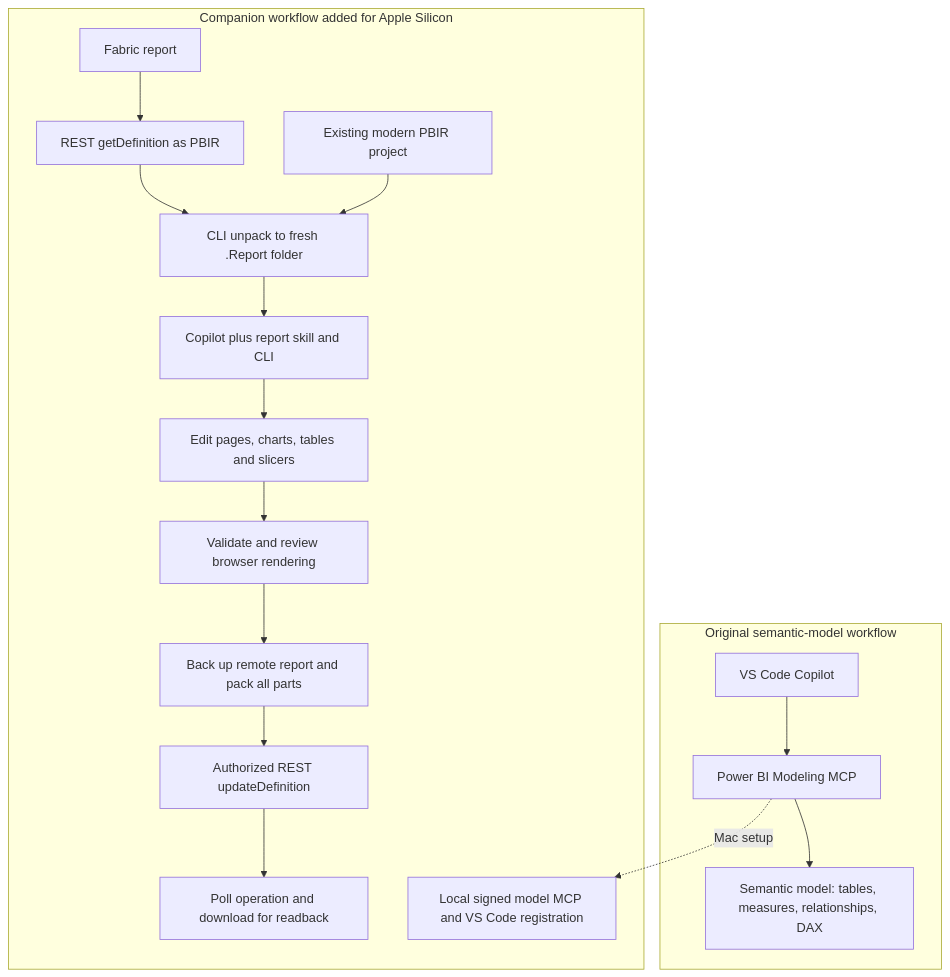
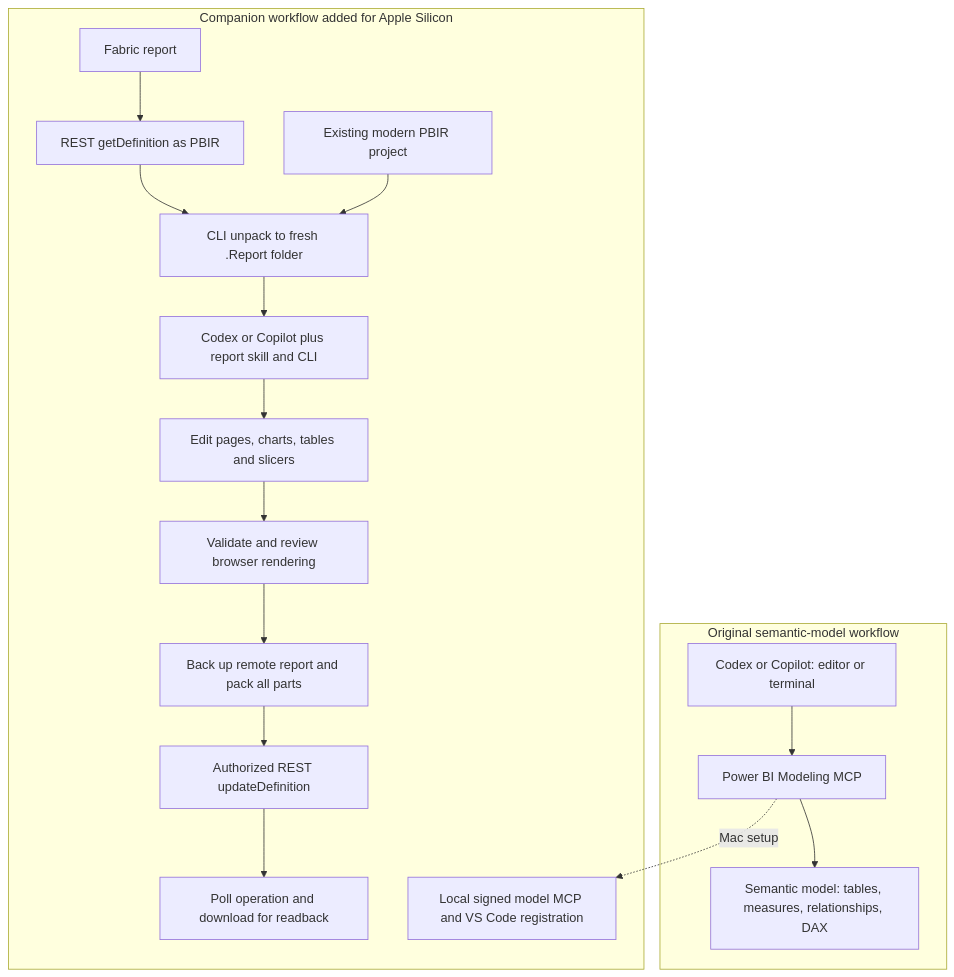
The diagram in docs/macos-workflow.md (microsoft/powerbi-modeling-mcp), drawn with Mermaid before and after one commit. The commit also changed other lines of this file and 2 other files, not shown here.

Commit message:
Document Codex and Copilot terminal client setup

````diff
--- a/docs/macos-workflow.md
+++ b/docs/macos-workflow.md
@@ -157,20 +245,20 @@
 ```mermaid
 flowchart TB
   subgraph Original[Original semantic-model workflow]
-    A[VS Code Copilot] --> B[Power BI Modeling MCP]
+    A[Codex or Copilot: editor or terminal] --> B[Power BI Modeling MCP]
     B --> C[Semantic model: tables, measures, relationships, DAX]
   end
   subgraph Added[Companion workflow added for Apple Silicon]
     D[Local signed model MCP and VS Code registration]
     E[Fabric report] --> F[REST getDefinition as PBIR]
     F --> G[CLI unpack to fresh .Report folder]
     H[Existing modern PBIR project] --> G
-    G --> I[Copilot plus report skill and CLI]
+    G --> I[Codex or Copilot plus report skill and CLI]
     I --> J[Edit pages, charts, tables and slicers]
     J --> K[Validate and review browser rendering]
     K --> L[Back up remote report and pack all parts]
     L --> M[Authorized REST updateDefinition]
     M --> N[Poll operation and download for readback]
   end
   B -. Mac setup .-> D
 ```
````
